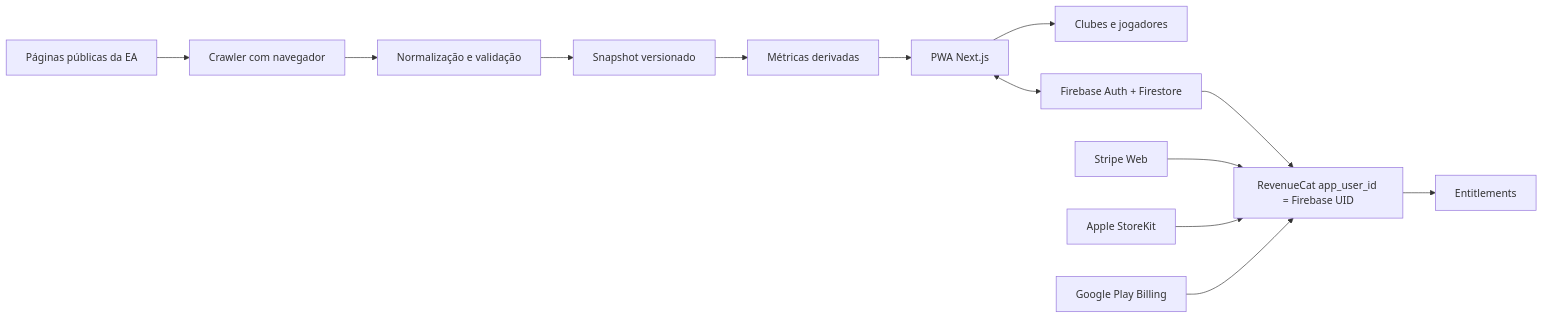
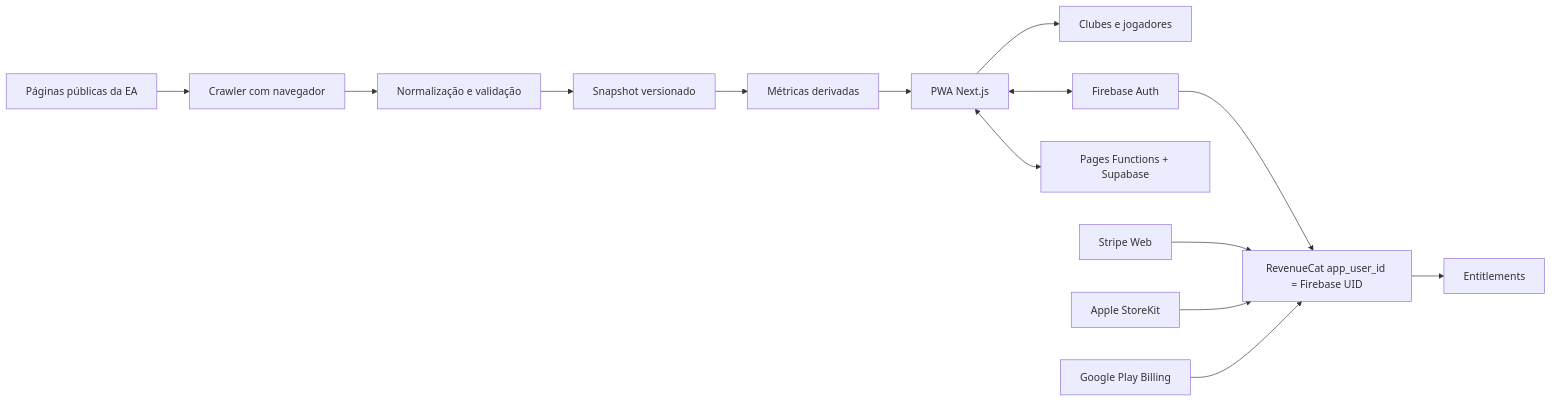
Before and after one commit to cspgabriel/pro-clubs-america: the diagram in docs/ARCHITECTURE.md, drawn with Mermaid. The commit also changed other lines of this file and 36 other files, not shown here.

````diff
--- a/docs/ARCHITECTURE.md
+++ b/docs/ARCHITECTURE.md
@@ -5,15 +5,16 @@
 ```mermaid
 flowchart LR
     EA["Páginas públicas da EA"] --> C["Crawler com navegador"]
     C --> N["Normalização e validação"]
     N --> S["Snapshot versionado"]
     S --> M["Métricas derivadas"]
     M --> P["PWA Next.js"]
     P --> U["Clubes e jogadores"]
-    P <--> F["Firebase Auth + Firestore"]
+    P <--> F["Firebase Auth"]
+    P <--> D["Pages Functions + Supabase"]
     F --> R["RevenueCat app_user_id = Firebase UID"]
     R --> E["Entitlements"]
     W["Stripe Web"] --> R
     A["Apple StoreKit"] --> R
     G["Google Play Billing"] --> R
 ```
````
